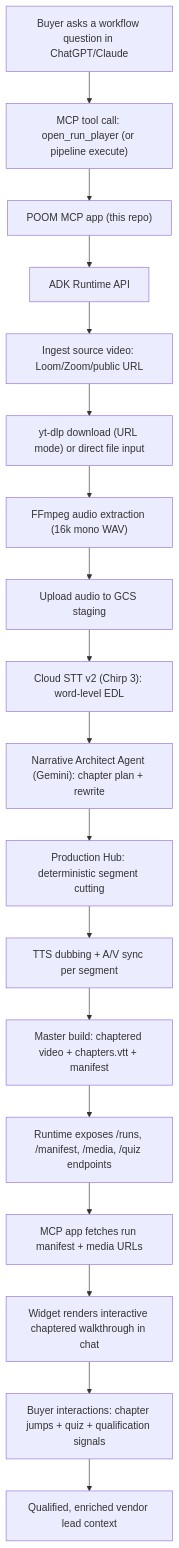
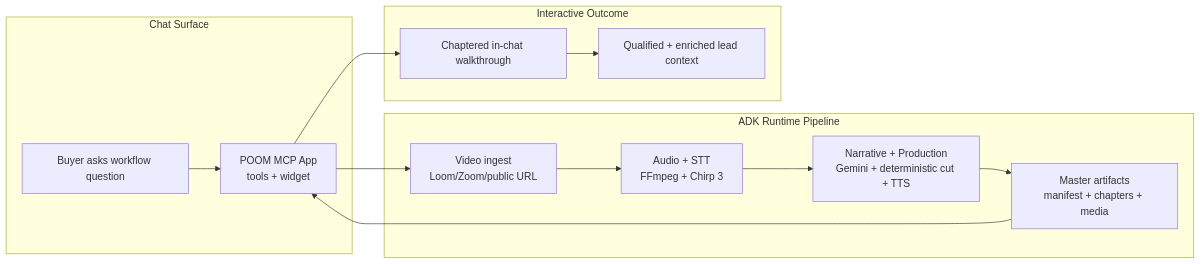
The diagram in README.md (Kush52662/manufact), drawn with Mermaid before and after one commit.

Commit message:
Replace vertical pipeline diagram with compact horizontal layout

````diff
--- a/README.md
+++ b/README.md
@@ -40,23 +40,26 @@
 ```mermaid
-flowchart TD
-  A["Buyer asks a workflow question in ChatGPT/Claude"] --> B["MCP tool call: open_run_player (or pipeline execute)"]
-  B --> C["POOM MCP app (this repo)"]
-  C --> D["ADK Runtime API"]
+flowchart LR
+  subgraph Chat["Chat Surface"]
+    Buyer["Buyer asks workflow question"]
+    MCP["POOM MCP App<br/>tools + widget"]
+    Buyer --> MCP
+  end
 
-  D --> E["Ingest source video: Loom/Zoom/public URL"]
-  E --> F["yt-dlp download (URL mode) or direct file input"]
-  F --> G["FFmpeg audio extraction (16k mono WAV)"]
-  G --> H["Upload audio to GCS staging"]
-  H --> I["Cloud STT v2 (Chirp 3): word-level EDL"]
+  subgraph Runtime["ADK Runtime Pipeline"]
+    Ingest["Video ingest<br/>Loom/Zoom/public URL"]
+    STT["Audio + STT<br/>FFmpeg + Chirp 3"]
+    Gen["Narrative + Production<br/>Gemini + deterministic cut + TTS"]
+    Pack["Master artifacts<br/>manifest + chapters + media"]
+    Ingest --> STT --> Gen --> Pack
+  end
 
-  I --> J["Narrative Architect Agent (Gemini): chapter plan + rewrite"]
-  J --> K["Production Hub: deterministic segment cutting"]
-  K --> L["TTS dubbing + A/V sync per segment"]
-  L --> M["Master build: chaptered video + chapters.vtt + manifest"]
+  subgraph Outcome["Interactive Outcome"]
+    UI["Chaptered in-chat walkthrough"]
+    Lead["Qualified + enriched lead context"]
+    UI --> Lead
+  end
 
-  M --> N["Runtime exposes /runs, /manifest, /media, /quiz endpoints"]
-  N --> O["MCP app fetches run manifest + media URLs"]
-  O --> P["Widget renders interactive chaptered walkthrough in chat"]
-  P --> Q["Buyer interactions: chapter jumps + quiz + qualification signals"]
-  Q --> R["Qualified, enriched vendor lead context"]
+  MCP --> Ingest
+  Pack --> MCP
+  MCP --> UI
 ```
````
